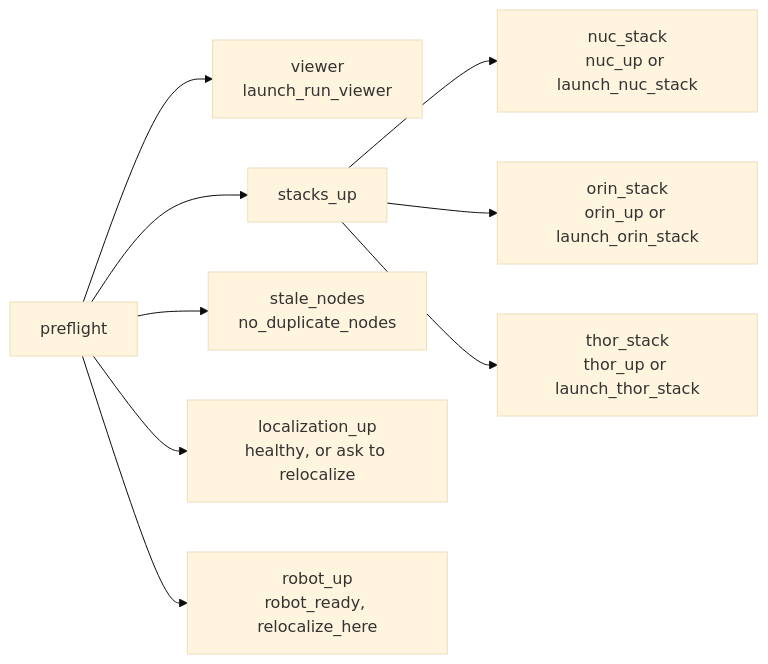
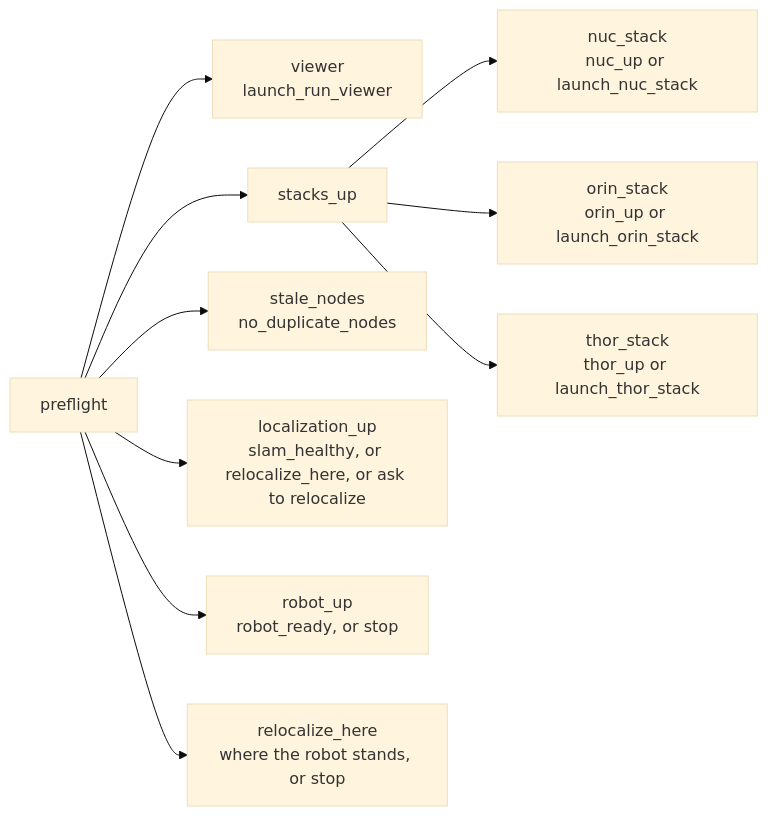
The second of 3 diagrams in docs/design/trees.md (EigenVectorRobotics/orchestrator), drawn with Mermaid (base theme) before and after one commit. The commit also changed other lines of this file and 73 other files, not shown here.

````diff
--- a/docs/design/trees.md
+++ b/docs/design/trees.md
@@ -63,20 +63,22 @@
 ```mermaid
 flowchart LR
   PF["preflight"]
   V["viewer<br/>launch_run_viewer"]
   SU["stacks_up"]
   N["nuc_stack<br/>nuc_up or launch_nuc_stack"]
   O["orin_stack<br/>orin_up or launch_orin_stack"]
   T["thor_stack<br/>thor_up or launch_thor_stack"]
   SN["stale_nodes<br/>no_duplicate_nodes"]
-  LU["localization_up<br/>healthy, or ask to relocalize"]
-  RU["robot_up<br/>robot_ready, relocalize_here"]
+  LU["localization_up<br/>slam_healthy, or relocalize_here, or ask to relocalize"]
+  RU["robot_up<br/>robot_ready, or stop"]
+  RH["relocalize_here<br/>where the robot stands, or stop"]
   PF --> V
   PF --> SU
   SU --> N
   SU --> O
   SU --> T
   PF --> SN
   PF --> LU
   PF --> RU
+  PF --> RH
 ```
````
